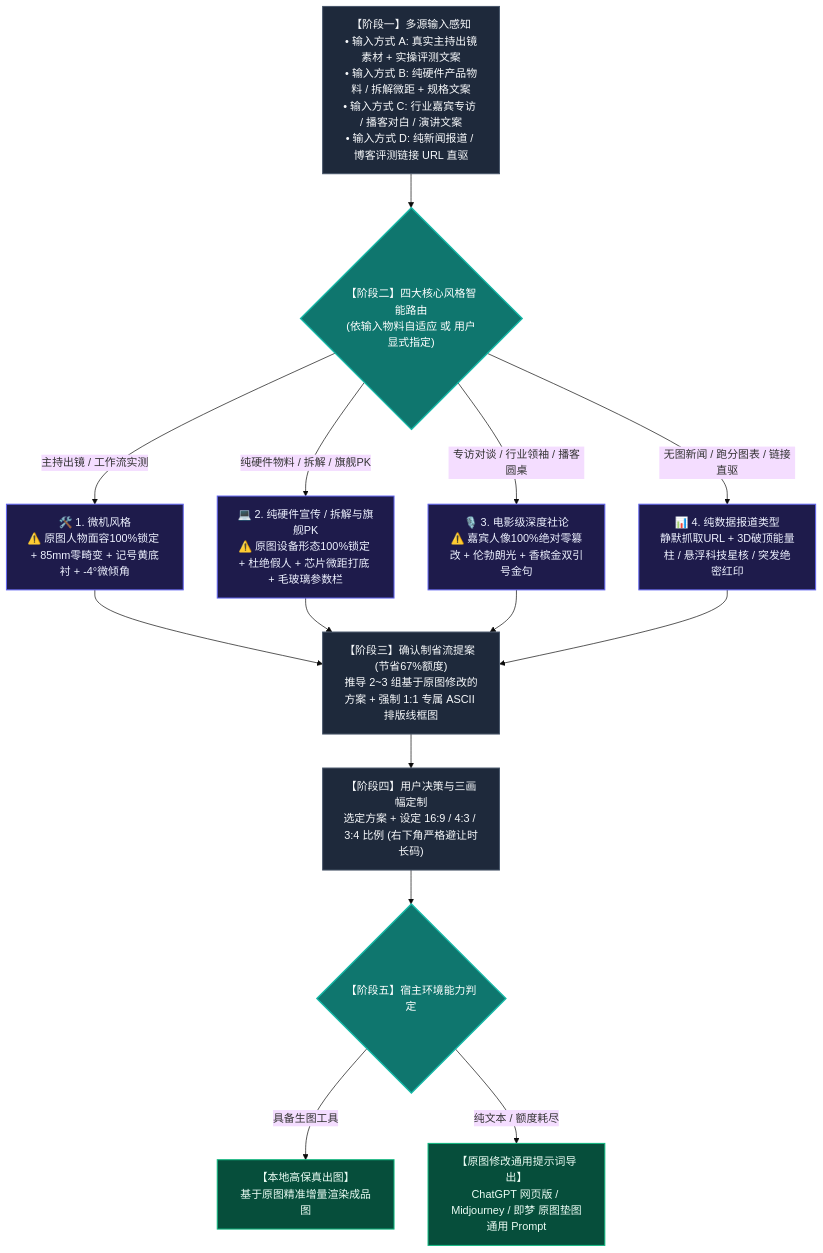
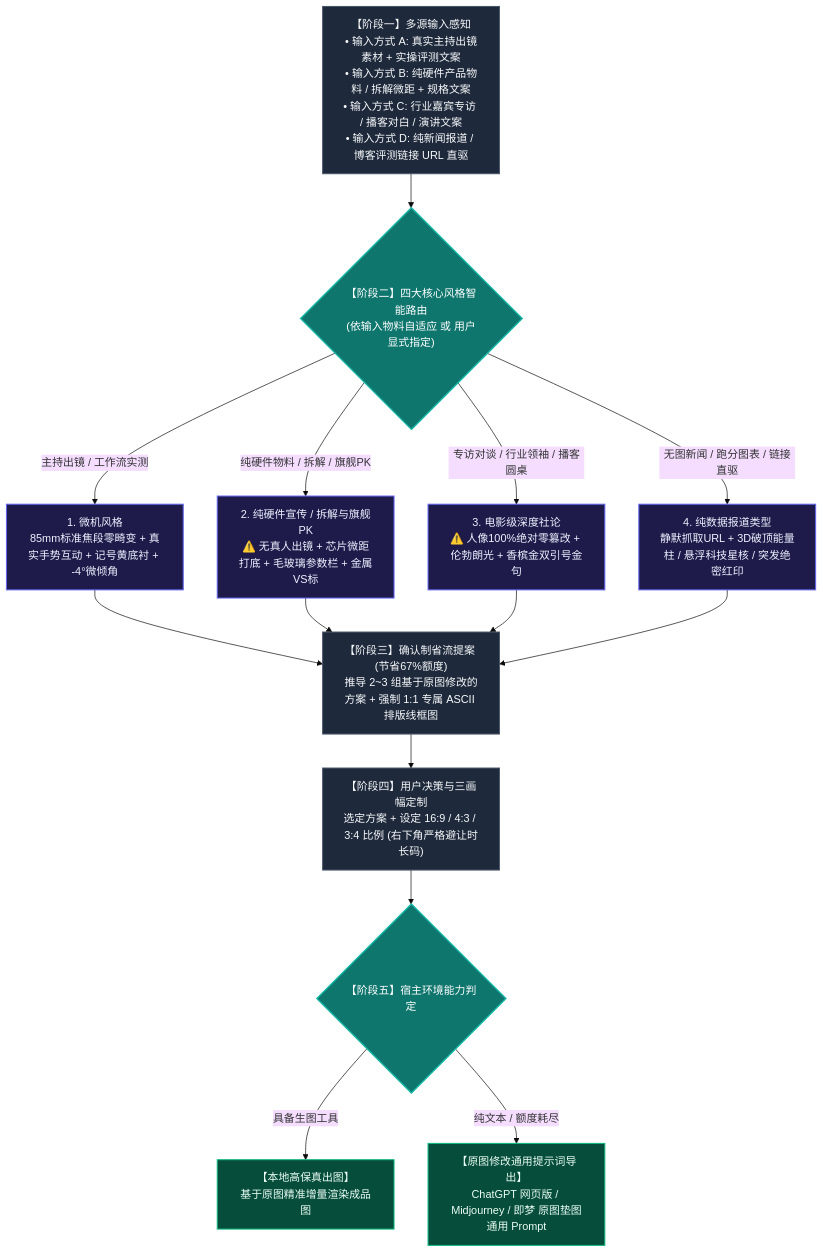
One commit to XuBeiYou408/video-cover-designer changed the diagram in SKILL.md. Above: the diagram before and after it, drawn with Mermaid (base theme). The commit also changed other lines of this file and 1 other file, not shown here.

Commit message:
docs(taxonomy): strictly align 4 branch names and flowchart nodes with user screenshot

````diff
--- a/SKILL.md
+++ b/SKILL.md
@@ -38,31 +38,31 @@
 ```mermaid
 flowchart TD
     A["【阶段一】多源输入感知<br>• 输入方式 A: 真实主持出镜素材 + 实操评测文案<br>• 输入方式 B: 纯硬件产品物料 / 拆解微距 + 规格文案<br>• 输入方式 C: 行业嘉宾专访 / 播客对白 / 演讲文案<br>• 输入方式 D: 纯新闻报道 / 博客评测链接 URL 直驱"]
     --> B{"【阶段二】四大核心风格智能路由<br>(依输入物料自适应 或 用户显式指定)"}
 
-    B -->|主持出镜 / 工作流实测| C1["🛠️ 1. 微机风格<br>⚠️ 原图人物面容100%锁定 + 85mm零畸变 + 记号黄底衬 + -4°微倾角"]
-    B -->|纯硬件物料 / 拆解 / 旗舰PK| C2["💻 2. 纯硬件宣传 / 拆解与旗舰PK<br>⚠️ 原图设备形态100%锁定 + 杜绝假人 + 芯片微距打底 + 毛玻璃参数栏"]
-    B -->|专访对谈 / 行业领袖 / 播客圆桌| C3["🎙️ 3. 电影级深度社论<br>⚠️ 嘉宾人像100%绝对零篡改 + 伦勃朗光 + 香槟金双引号金句"]
-    B -->|无图新闻 / 跑分图表 / 链接直驱| C4["📊 4. 纯数据报道类型<br>静默抓取URL + 3D破顶能量柱 / 悬浮科技星核 / 突发绝密红印"]
+    B -->|主持出镜 / 工作流实测| C1["1. 微机风格<br>85mm标准焦段零畸变 + 真实手势互动 + 记号黄底衬 + -4°微倾角"]
+    B -->|纯硬件物料 / 拆解 / 旗舰PK| C2["2. 纯硬件宣传 / 拆解与旗舰PK<br>⚠️ 无真人出镜 + 芯片微距打底 + 毛玻璃参数栏 + 金属VS标"]
+    B -->|专访对谈 / 行业领袖 / 播客圆桌| C3["3. 电影级深度社论<br>⚠️ 人像100%绝对零篡改 + 伦勃朗光 + 香槟金双引号金句"]
+    B -->|无图新闻 / 跑分图表 / 链接直驱| C4["4. 纯数据报道类型<br>静默抓取URL + 3D破顶能量柱 / 悬浮科技星核 / 突发绝密红印"]
 
     C1 --> D["【阶段三】确认制省流提案 (节省67%额度)<br>推导 2~3 组基于原图修改的方案 + 强制 1:1 专属 ASCII 排版线框图"]
     C2 --> D
     C3 --> D
     C4 --> D
 
     D --> E["【阶段四】用户决策与三画幅定制<br>选定方案 + 设定 16:9 / 4:3 / 3:4 比例 (右下角严格避让时长码)"]
 
     E --> F{"【阶段五】宿主环境能力判定"}
     F -->|具备生图工具| G["【本地高保真出图】<br>基于原图精准增量渲染成品图"]
     F -->|纯文本 / 额度耗尽| H["【原图修改通用提示词导出】<br>ChatGPT 网页版 / Midjourney / 即梦 原图垫图通用 Prompt"]
 
     classDef stage fill:#1E293B,stroke:#475569,color:#F8FAFC,stroke-width:1.5px;
     classDef decision fill:#0F766E,stroke:#14B8A6,color:#FFFFFF,stroke-width:2px;
     classDef engine fill:#1E1B4B,stroke:#6366F1,color:#EEF2FF,stroke-width:1.5px;
     classDef output fill:#064E3B,stroke:#10B981,color:#ECFDF5,stroke-width:1.5px;
 
     class A,D,E stage;
     class B,F decision;
     class C1,C2,C3,C4 engine;
     class G,H output;
 ```
````
